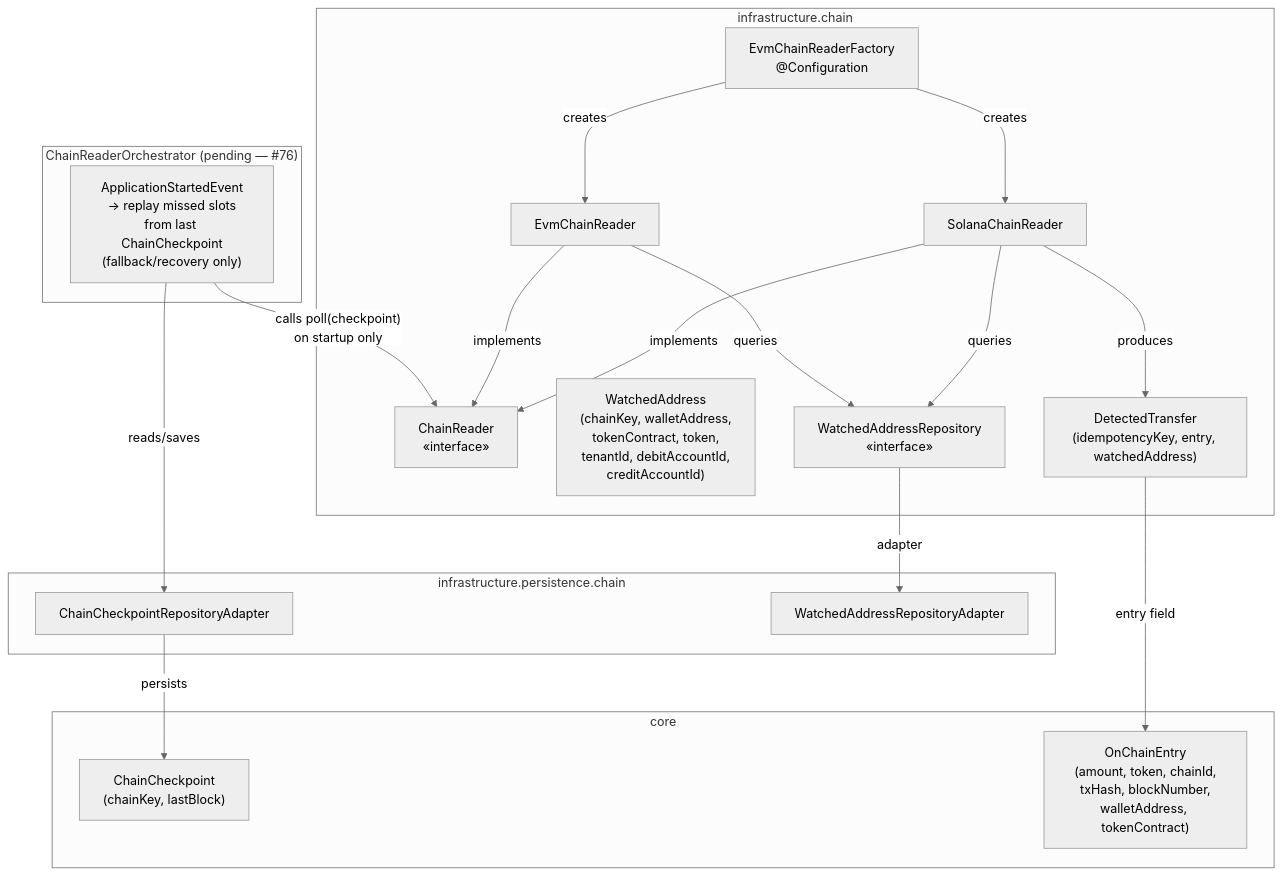
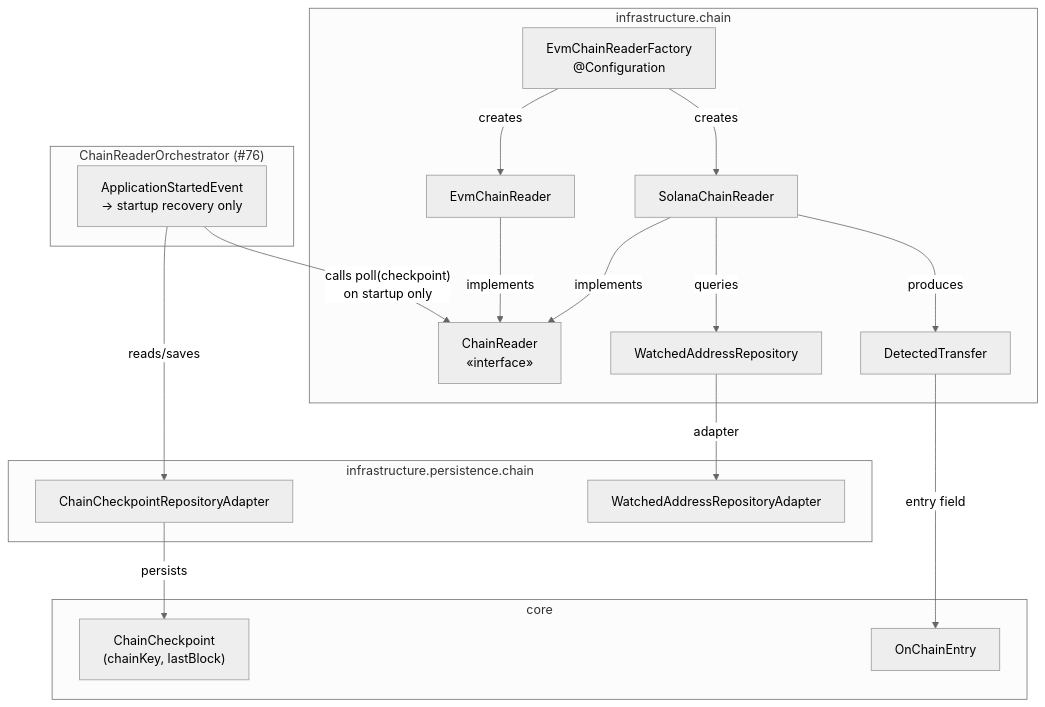
Before and after one commit to idem-finance/idem: the first of 4 diagrams in docs/solana-chain-reader.md, drawn with Mermaid (neutral theme). The commit also changed other lines of this file and 2 other files, not shown here.

````diff
--- a/docs/solana-chain-reader.md
+++ b/docs/solana-chain-reader.md
@@ -26,39 +26,37 @@
 ```mermaid
 graph TD
     subgraph core
         ChainCheckpoint["ChainCheckpoint\n(chainKey, lastBlock)"]
-        OnChainEntry["OnChainEntry\n(amount, token, chainId,\ntxHash, blockNumber,\nwalletAddress, tokenContract)"]
+        OnChainEntry["OnChainEntry"]
     end
 
     subgraph infrastructure.chain
         CR["ChainReader\n«interface»"]
         SCR["SolanaChainReader"]
         ECR["EvmChainReader"]
         FACTORY["EvmChainReaderFactory\n@Configuration"]
-        WA["WatchedAddress\n(chainKey, walletAddress,\ntokenContract, token,\ntenantId, debitAccountId,\ncreditAccountId)"]
-        DT["DetectedTransfer\n(idempotencyKey, entry, watchedAddress)"]
-        WAR["WatchedAddressRepository\n«interface»"]
+        DT["DetectedTransfer"]
+        WAR["WatchedAddressRepository"]
     end
 
     subgraph infrastructure.persistence.chain
         CCP["ChainCheckpointRepositoryAdapter"]
         WAP["WatchedAddressRepositoryAdapter"]
     end
 
-    subgraph orchestrator["ChainReaderOrchestrator (pending — #76)"]
-        ORCH["ApplicationStartedEvent\n→ replay missed slots\nfrom last ChainCheckpoint\n(fallback/recovery only)"]
+    subgraph orchestrator["ChainReaderOrchestrator (#76)"]
+        ORCH["ApplicationStartedEvent\n→ startup recovery only"]
     end
 
     FACTORY -->|"creates"| SCR
     FACTORY -->|"creates"| ECR
     SCR -->|"implements"| CR
     ECR -->|"implements"| CR
     SCR -->|"queries"| WAR
-    ECR -->|"queries"| WAR
     WAR -->|"adapter"| WAP
     SCR -->|"produces"| DT
     DT -->|"entry field"| OnChainEntry
     ORCH -->|"calls poll(checkpoint)\non startup only"| CR
     ORCH -->|"reads/saves"| CCP
     CCP -->|"persists"| ChainCheckpoint
 ```
````
